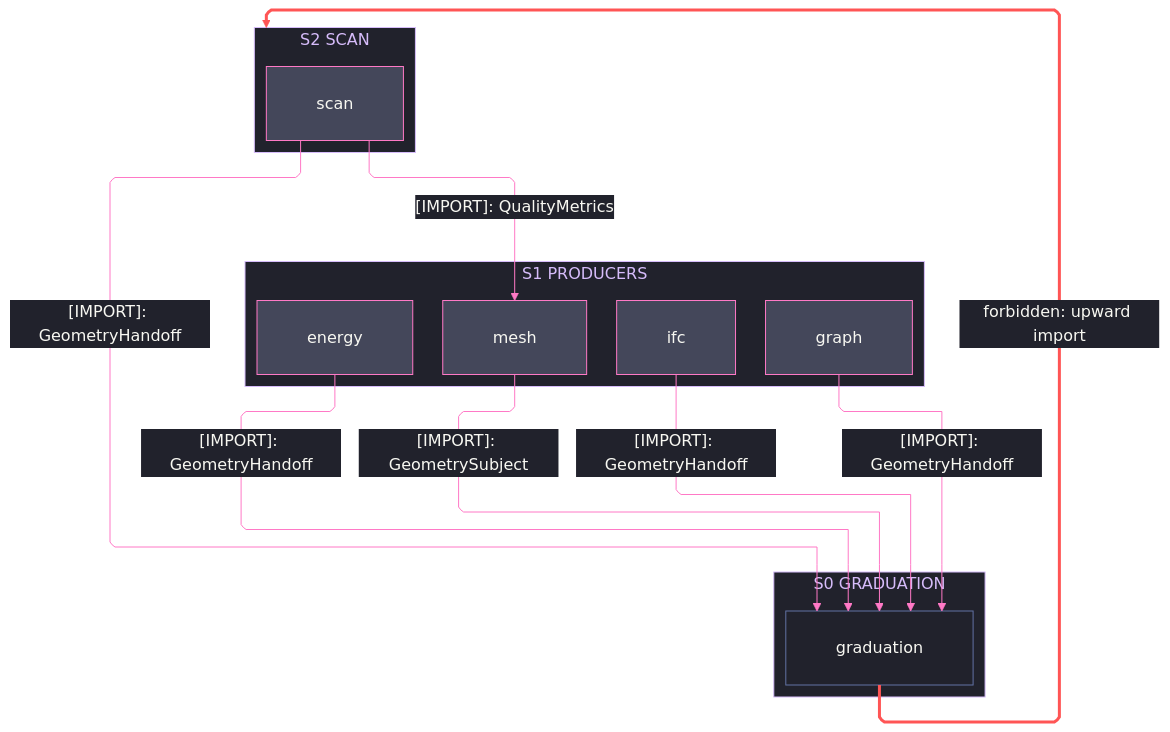
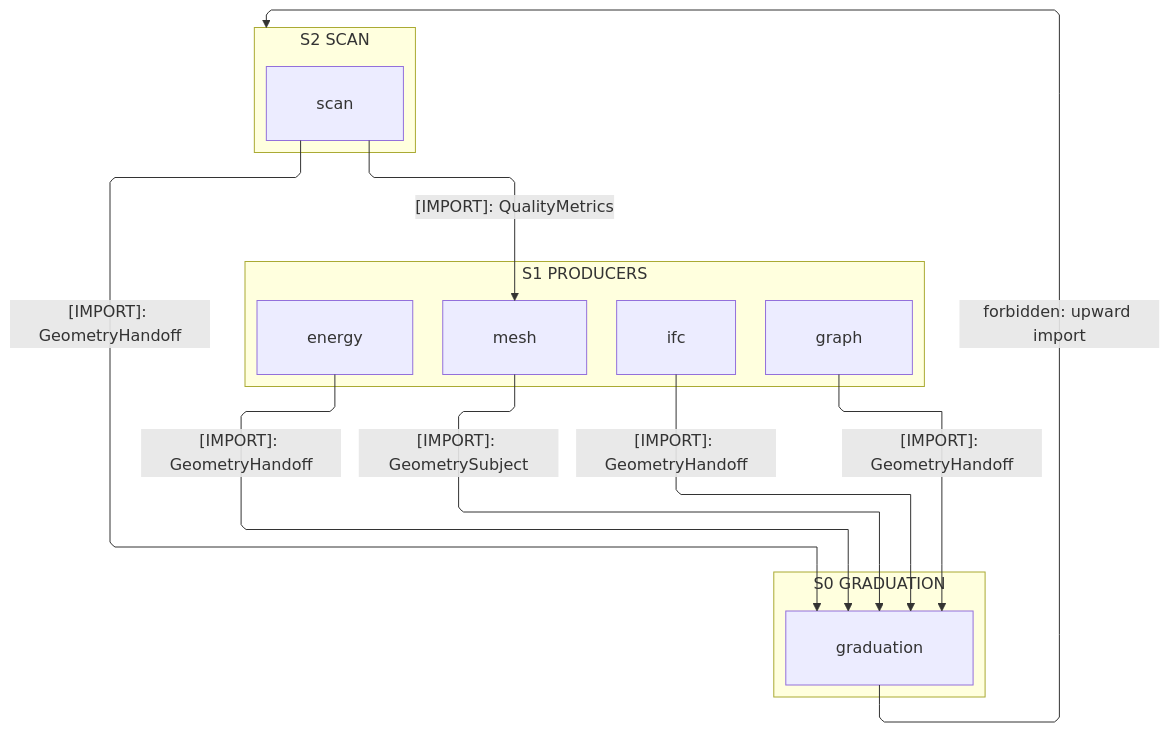
One commit to bsamiee/Rasm changed the third of 3 diagrams in libs/python/geometry/ARCHITECTURE.md. Above: the diagram before and after it, drawn with Mermaid. The commit also changed other lines of this file and 460 other files, not shown here.

````diff
--- a/libs/python/geometry/ARCHITECTURE.md
+++ b/libs/python/geometry/ARCHITECTURE.md
@@ -170,59 +114,32 @@
 ```mermaid
 ---
 config:
-  theme: base
-  look: classic
   layout: elk
   flowchart:
     curve: linear
     padding: 25
-  themeVariables:
-    darkMode: true
-    fontFamily: "SF Mono, Menlo, Cascadia Mono, Segoe UI Mono, Consolas, monospace"
-    useGradient: false
-    dropShadow: "none"
-    background: "#282A36"
-    primaryColor: "#44475A"
-    primaryTextColor: "#F8F8F2"
-    primaryBorderColor: "#BD93F9"
-    lineColor: "#FF79C6"
-    textColor: "#F8F8F2"
-    clusterBkg: "#21222C"
-    clusterBorder: "#D6BCFA"
-    edgeLabelBackground: "#21222C"
-    labelBackgroundColor: "#21222C"
-    titleColor: "#D6BCFA"
-  themeCSS: ".nodeLabel{font-size:13px;font-weight:500}.edgeLabel{font-size:12px;font-weight:500}.cluster-label .nodeLabel{font-size:13.5px;font-weight:700;letter-spacing:.08em}.edge-thickness-normal{stroke-width:2px}.edge-thickness-thick{stroke-width:3px}.edge-pattern-dashed,.edge-pattern-dotted{stroke-width:1.5px;stroke-dasharray:4 6}.node rect,.node circle,.node polygon,.node path,.node .outer-path{stroke-width:1.5px;filter:none!important}.cluster rect{stroke-width:1px!important;stroke-dasharray:5 4!important;filter:none!important}.marker path{transform:scale(.8);transform-origin:5px 5px}.marker circle{transform:scale(.48);transform-origin:5px 5px}.edgeLabel rect{transform-box:fill-box;transform-origin:center;transform:scale(1.1,1.2)}"
 ---
 flowchart TB
     accTitle: Geometry interior import strata
-    accDescr: Three import strata — scan over the mesh, ifc, graph, and energy producer tier over the graduation foundation — each labeled downward edge naming its one sourced type and one forbidden upward edge styled red.
+    accDescr: Three import strata — scan over the mesh, ifc, graph, and energy producer tier over the graduation foundation — each labeled downward edge naming its one sourced type beside one forbidden upward edge.
     subgraph G2["S2 SCAN"]
         Scan[scan]
     end
     subgraph G1["S1 PRODUCERS"]
         Mesh[mesh]
         Ifc[ifc]
         Graph[graph]
         Energy[energy]
     end
     subgraph G0["S0 GRADUATION"]
         Graduation[graduation]
     end
     Scan s1@-->|"[IMPORT]: QualityMetrics"| Mesh
     Scan s2@-->|"[IMPORT]: GeometryHandoff"| Graduation
     Mesh s3@-->|"[IMPORT]: GeometrySubject"| Graduation
     Ifc s4@-->|"[IMPORT]: GeometryHandoff"| Graduation
     Graph s5@-->|"[IMPORT]: GeometryHandoff"| Graduation
     Energy s6@-->|"[IMPORT]: GeometryHandoff"| Graduation
     Scan ~~~ Energy
     Graduation f1@-->|"forbidden: upward import"| G2
-    classDef primary fill:#44475A,stroke:#FF79C6,color:#F8F8F2
-    classDef recessed fill:#21222C,stroke:#6272A4,color:#F8F8F2
-    classDef edgeControl stroke:#FF79C6,color:#F8F8F2
-    classDef edgeError stroke:#FF5555,stroke-width:3px,color:#F8F8F2
-    class Scan,Mesh,Ifc,Graph,Energy primary
-    class Graduation recessed
-    class s1,s2,s3,s4,s5,s6 edgeControl
-    class f1 edgeError
 ```
````
